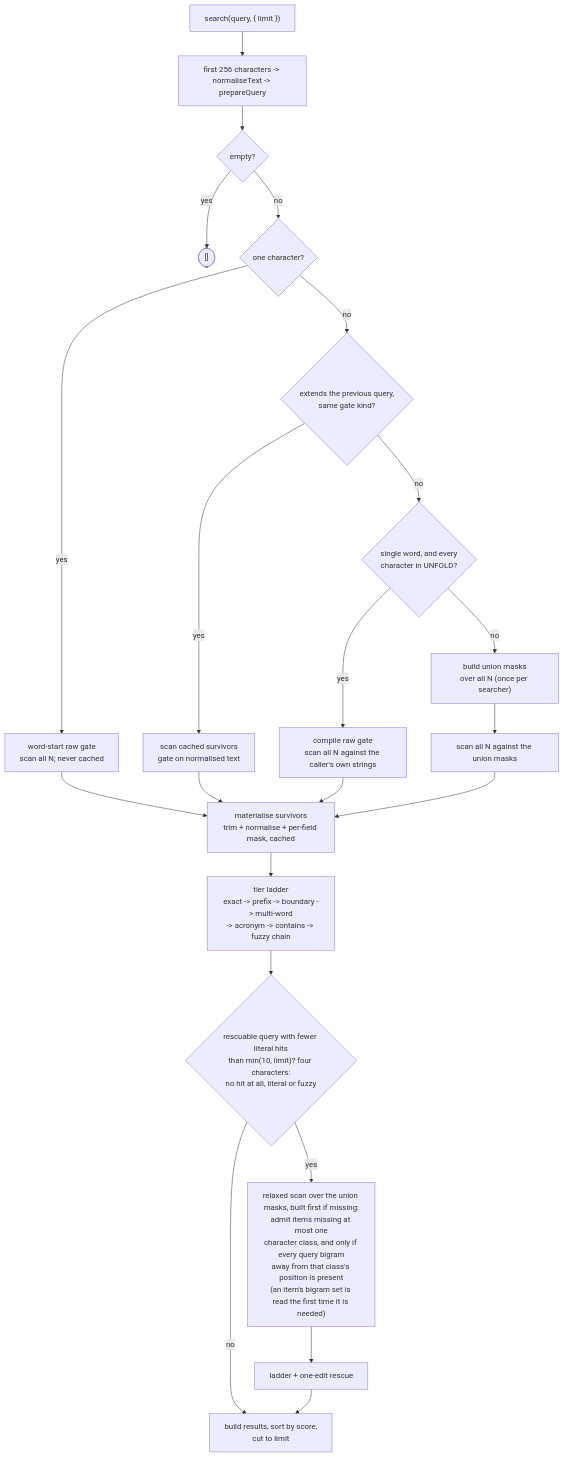
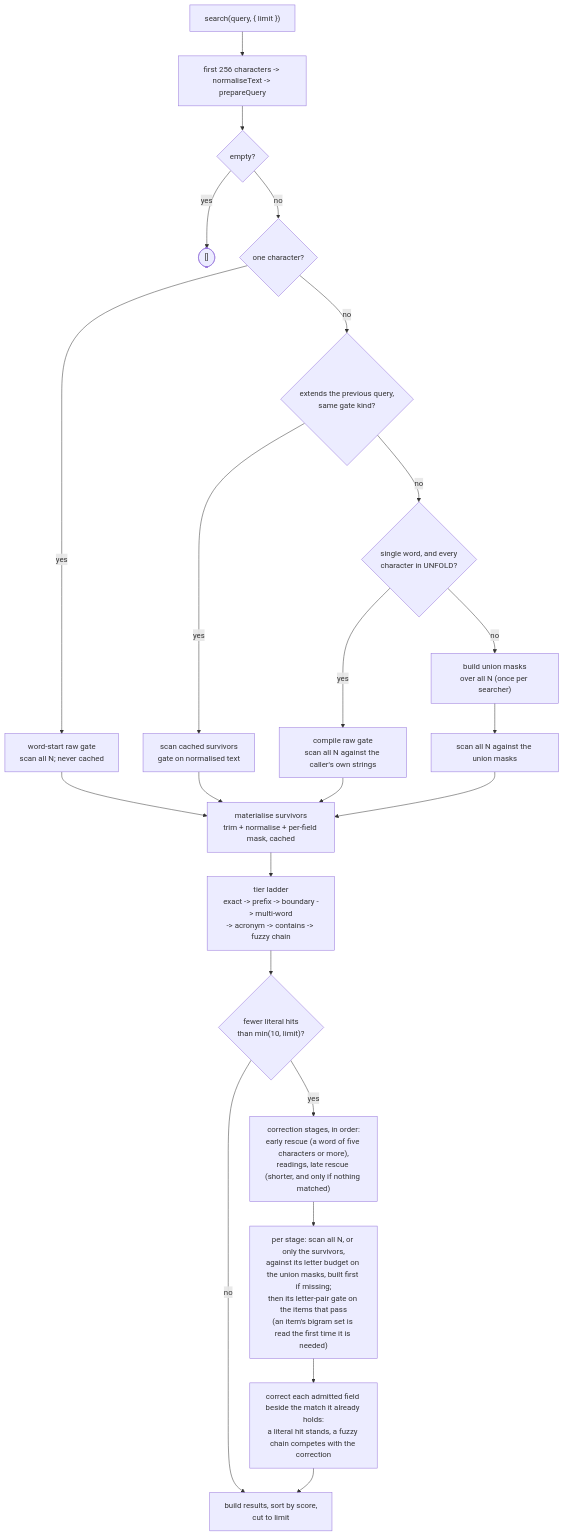
The second of 2 diagrams in docs/pipeline.md (MMMikeM/ekrina), drawn with Mermaid before and after one commit. The commit also changed other lines of this file and 13 other files, not shown here.

Commit message:
refactor: run the rescue as a stage

````diff
--- a/docs/pipeline.md
+++ b/docs/pipeline.md
@@ -24,26 +24,27 @@
 ```mermaid
 flowchart TD
     Q["search(query, { limit })"] --> P["first 256 characters -> normaliseText -> prepareQuery"]
     P --> E{"empty?"}
     E -->|yes| Z(["[]"])
     E -->|no| ONE{"one character?"}
     ONE -->|yes| WS["word-start raw gate<br/>scan all N; never cached"]
     WS --> MAT
     ONE -->|no| N{"extends the previous query,<br/>same gate kind?"}
 
     N -->|yes| NAR["scan cached survivors<br/>gate on normalised text"]
     N -->|no| RG{"single word, and every<br/>character in UNFOLD?"}
     RG -->|yes| RAW["compile raw gate<br/>scan all N against the caller's own strings"]
     RG -->|no| MASK["build union masks<br/>over all N (once per searcher)"]
     MASK --> MSCAN["scan all N against the union masks"]
 
     NAR --> MAT
     RAW --> MAT["materialise survivors<br/>trim + normalise + per-field mask, cached"]
     MSCAN --> MAT
     MAT --> LAD["tier ladder<br/>exact -> prefix -> boundary -> multi-word<br/>-> acronym -> contains -> fuzzy chain"]
-    LAD --> LIT{"rescuable query with fewer literal hits<br/>than min(10, limit)? four characters:<br/>no hit at all, literal or fuzzy"}
+    LAD --> LIT{"fewer literal hits<br/>than min(10, limit)?"}
     LIT -->|no| OUT["build results, sort by score,<br/>cut to limit"]
-    LIT -->|yes| REL["relaxed scan over the union masks, built first if missing:<br/>admit items missing at most one<br/>character class, and only if every query bigram<br/>away from that class's position is present<br/>(an item's bigram set is read the first time it is needed)"]
-    REL --> RES["ladder + one-edit rescue"]
-    RES --> OUT
+    LIT -->|yes| STG["correction stages, in order:<br/>early rescue (a word of five characters or more),<br/>readings, late rescue (shorter, and only if nothing matched)"]
+    STG --> SCAN["per stage: scan all N, or only the survivors,<br/>against its letter budget on the union masks, built first if missing;<br/>then its letter-pair gate on the items that pass<br/>(an item's bigram set is read the first time it is needed)"]
+    SCAN --> FIX["correct each admitted field beside the match it already holds:<br/>a literal hit stands, a fuzzy chain competes with the correction"]
+    FIX --> OUT
 ```
````
